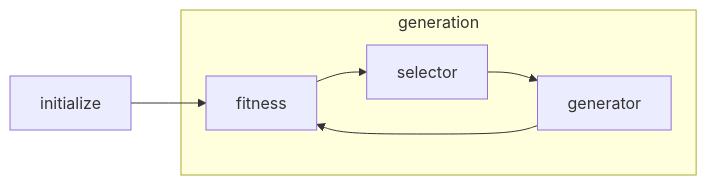
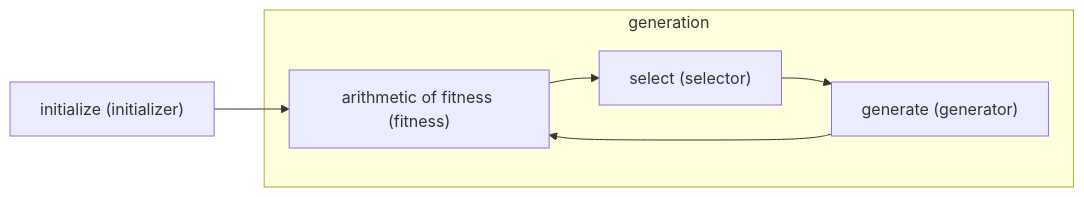
Before and after one commit to pokemon-GA/scarlet-queen: the second of 2 diagrams in README.md, drawn with Mermaid.

````diff
--- a/README.md
+++ b/README.md
@@ -30,9 +30,9 @@
 ```mermaid
 flowchart LR
-    initializer[initialize] --> fitness[fitness]
+    initializer["initialize (initializer)"] --> fitness["arithmetic of fitness (fitness)"]
     subgraph generation
-        fitness[fitness] --> selector[selector]
-        selector[selector] --> generator[generator]
-        generator[generator] --> fitness[fitness]
+        fitness["arithmetic of fitness (fitness)"] --> selector["select (selector)"]
+        selector["select (selector)"] --> generator["generate (generator)"]
+        generator["generate (generator)"] --> fitness["arithmetic of fitness (fitness)"]
     end
 ```
````
